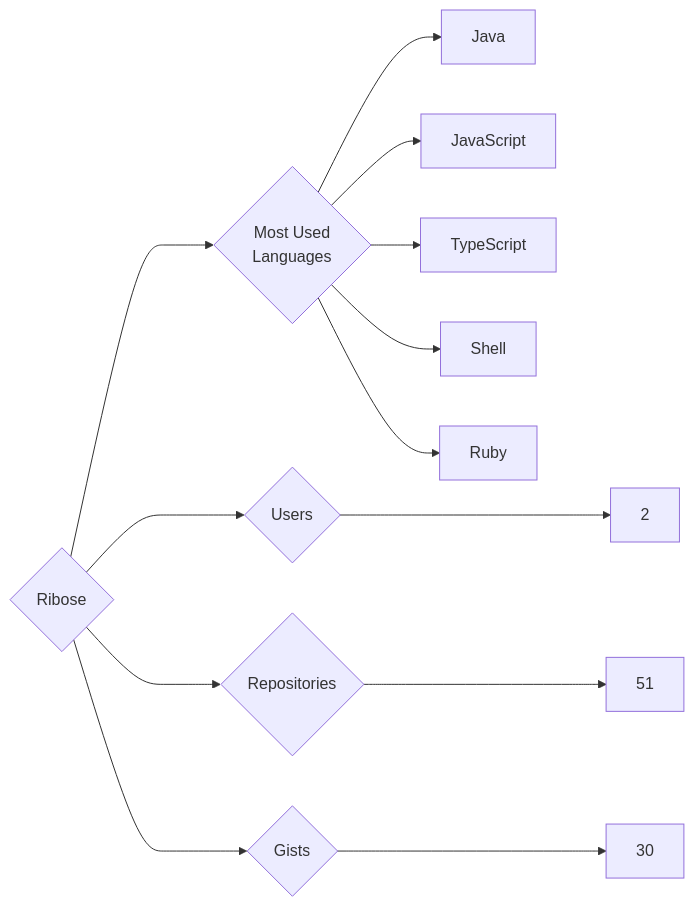
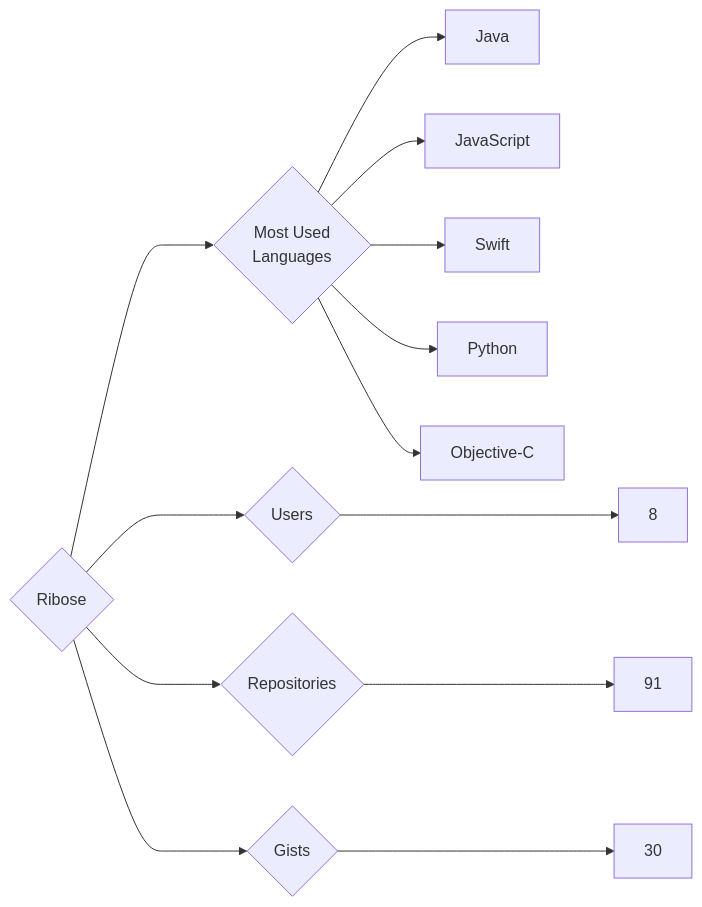
One commit to trickest/insiders changed the diagram in targets/Ribose/README.md. Above: the diagram before and after it, drawn with Mermaid. The commit also changed 928 other files, not shown here.

````diff
--- a/targets/Ribose/README.md
+++ b/targets/Ribose/README.md
@@ -3,13 +3,13 @@
 ```mermaid
 graph LR
 COMPANY_NAME{Ribose}
-COMPANY_NAME ---> U{Users} ---> UN[2]
-COMPANY_NAME ---> R{Repositories} ---> RN[51]
+COMPANY_NAME ---> U{Users} ---> UN[8]
+COMPANY_NAME ---> R{Repositories} ---> RN[91]
 COMPANY_NAME ---> G{Gists} ---> GN[30]
 COMPANY_NAME ---> ML{Most Used<br>Languages}
 ML --> Java[Java]
 ML --> JavaScript[JavaScript]
-ML --> TypeScript[TypeScript]
-ML --> Shell[Shell]
-ML --> Ruby[Ruby]
+ML --> Swift[Swift]
+ML --> Python[Python]
+ML --> Objective-C[Objective-C]
 ```
````
